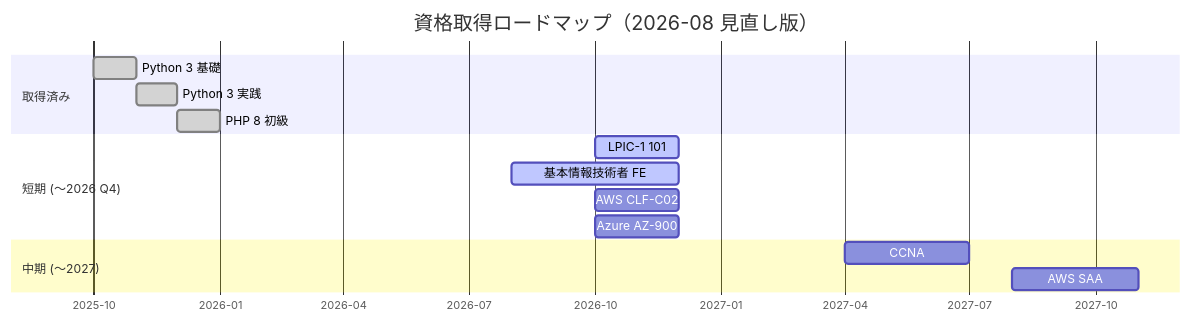
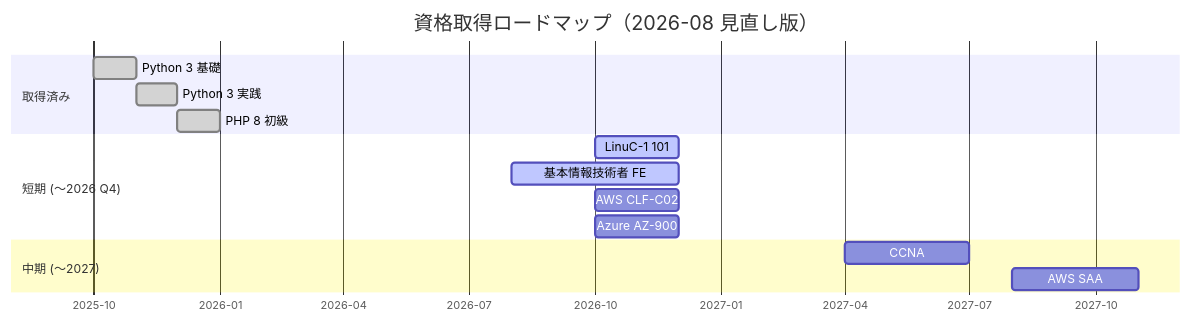
One commit to ns7jp/ns7jp changed the diagram in docs/certifications/roadmap.md. Above: the diagram before and after it, drawn with Mermaid. The commit also changed other lines of this file and 4 other files, not shown here.

First line of the commit message:
Linux の資格を LPIC-1 から LinuC-1 へ変更する

````diff
--- a/docs/certifications/roadmap.md
+++ b/docs/certifications/roadmap.md
@@ -89,21 +98,21 @@
 ```mermaid
 gantt
     title 資格取得ロードマップ（2026-08 見直し版）
     dateFormat YYYY-MM
     axisFormat %Y-%m
 
     section 取得済み
     Python 3 基礎      :done, p1, 2025-10, 2025-11
     Python 3 実践      :done, p2, 2025-11, 2025-12
     PHP 8 初級         :done, p3, 2025-12, 2026-01
 
     section 短期 (〜2026 Q4)
-    LPIC-1 101         :active, l1, 2026-10, 2M
+    LinuC-1 101        :active, l1, 2026-10, 2M
     基本情報技術者 FE   :active, f1, 2026-08, 2026-12
     AWS CLF-C02        :acp1, 2026-10, 2M
     Azure AZ-900       :az1, 2026-10, 2M
 
     section 中期 (〜2027)
     CCNA               :c1, 2027-04, 3M
     AWS SAA            :a1, 2027-08, 3M
 ```
````
